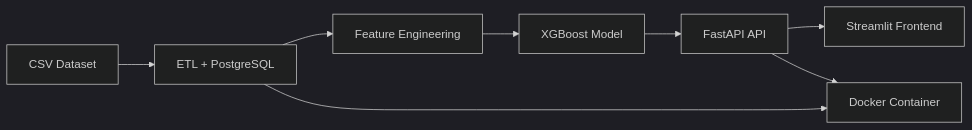
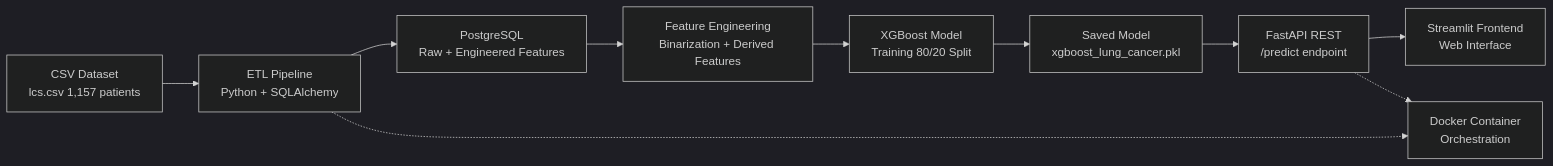
Before and after one commit to leoxavierdornelas/healthcare-ml-pipeline: the diagram in README_EN.md, drawn with Mermaid (dark theme). The commit also changed other lines of this file and 1 other file, not shown here.

````diff
--- a/README_EN.md
+++ b/README_EN.md
@@ -46,10 +141,12 @@
 ```mermaid
 graph LR
-    A[CSV Dataset] --> B[ETL + PostgreSQL]
-    B --> C[Feature Engineering]
-    C --> D[XGBoost Model]
-    D --> E[FastAPI API]
-    E --> F[Streamlit Frontend]
-    B --> G[Docker Container]
-    E --> G
+    A[CSV Dataset<br/>lcs.csv 1,157 patients] --> B[ETL Pipeline<br/>Python + SQLAlchemy]
+    B --> C[PostgreSQL<br/>Raw + Engineered Features]
+    C --> D[Feature Engineering<br/>Binarization + Derived Features]
+    D --> E[XGBoost Model<br/>Training 80/20 Split]
+    E --> F[Saved Model<br/>xgboost_lung_cancer.pkl]
+    F --> G[FastAPI REST<br/>/predict endpoint]
+    G --> H[Streamlit Frontend<br/>Web Interface]
+    B -.-> I[Docker Container<br/>Orchestration]
+    G -.-> I
 ```
````
